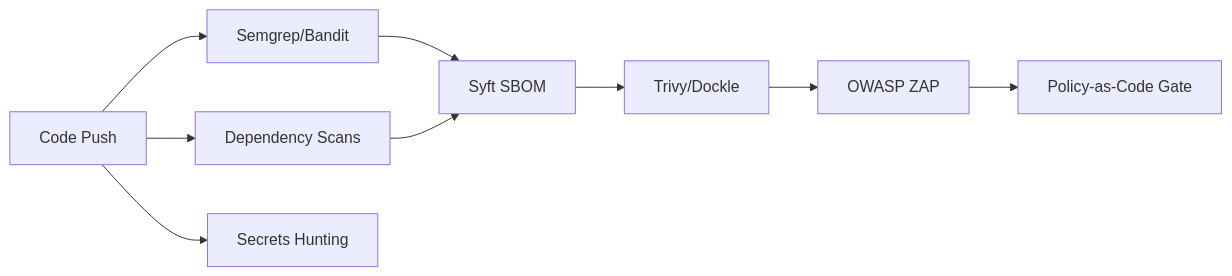
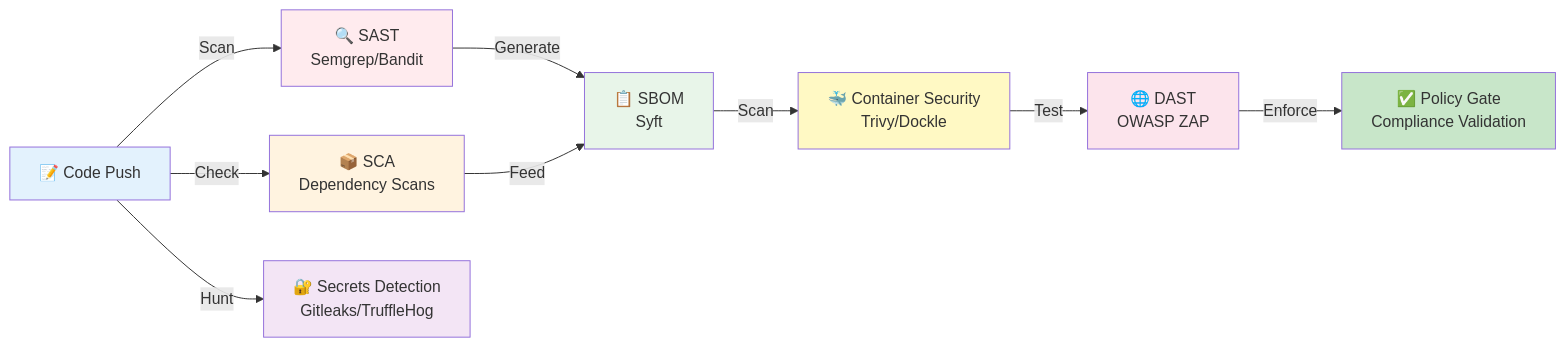
One commit to samueljackson-collab/Samueljackson-collab changed the fifth of 28 diagrams in README.md. Above: the diagram before and after it, drawn with Mermaid. The commit also changed other lines of this file, not shown here.

Commit message:
Enhanced all diagrams with detailed labels, icons, and styling

````diff
--- a/README.md
+++ b/README.md
@@ -262,11 +285,20 @@
 ```mermaid
 flowchart LR
-  Code[Code Push] --> SAST[Semgrep/Bandit]
-  Code --> SCA[Dependency Scans]
-  Code --> Secrets[Secrets Hunting]
-  SAST --> SBOM[Syft SBOM]
-  SCA --> SBOM
-  SBOM --> Container[Trivy/Dockle]
-  Container --> DAST[OWASP ZAP]
-  DAST --> Policy[Policy-as-Code Gate]
+  Code[📝 Code Push] -->|Scan| SAST[🔍 SAST<br/>Semgrep/Bandit]
+  Code -->|Check| SCA[📦 SCA<br/>Dependency Scans]
+  Code -->|Hunt| Secrets[🔐 Secrets Detection<br/>Gitleaks/TruffleHog]
+  SAST -->|Generate| SBOM[📋 SBOM<br/>Syft]
+  SCA -->|Feed| SBOM
+  SBOM -->|Scan| Container[🐳 Container Security<br/>Trivy/Dockle]
+  Container -->|Test| DAST[🌐 DAST<br/>OWASP ZAP]
+  DAST -->|Enforce| Policy[✅ Policy Gate<br/>Compliance Validation]
+  
+  style Code fill:#e3f2fd
+  style SAST fill:#ffebee
+  style SCA fill:#fff3e0
+  style Secrets fill:#f3e5f5
+  style SBOM fill:#e8f5e9
+  style Container fill:#fff9c4
+  style DAST fill:#fce4ec
+  style Policy fill:#c8e6c9
 ```
````
